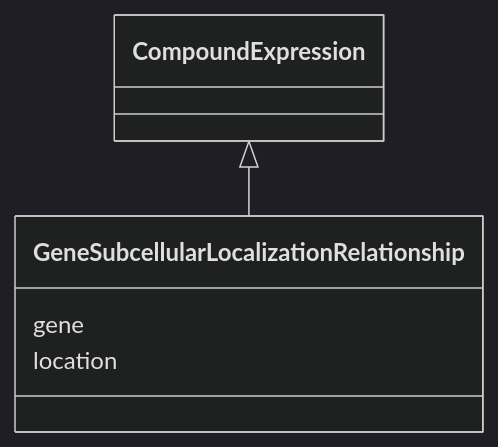
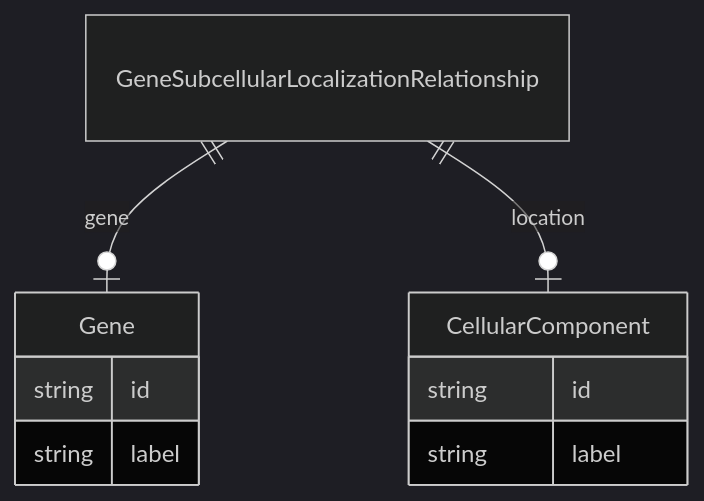
The diagram in docs/gocam/GeneSubcellularLocalizationRelationship.md (monarch-initiative/ontogpt), drawn with Mermaid (dark theme) before and after one commit. The commit also changed 187 other files, not shown here.

````diff
--- a/docs/gocam/GeneSubcellularLocalizationRelationship.md
+++ b/docs/gocam/GeneSubcellularLocalizationRelationship.md
@@ -8,9 +8,18 @@
 ```mermaid
- classDiagram
-    class GeneSubcellularLocalizationRelationship
-      CompoundExpression <|-- GeneSubcellularLocalizationRelationship
-      
-      GeneSubcellularLocalizationRelationship : gene
-      GeneSubcellularLocalizationRelationship : location
-      
+erDiagram
+GeneSubcellularLocalizationRelationship {
+
+}
+CellularComponent {
+    string id  
+    string label  
+}
+Gene {
+    string id  
+    string label  
+}
+
+GeneSubcellularLocalizationRelationship ||--|o Gene : "gene"
+GeneSubcellularLocalizationRelationship ||--|o CellularComponent : "location"
+
 ```
````
